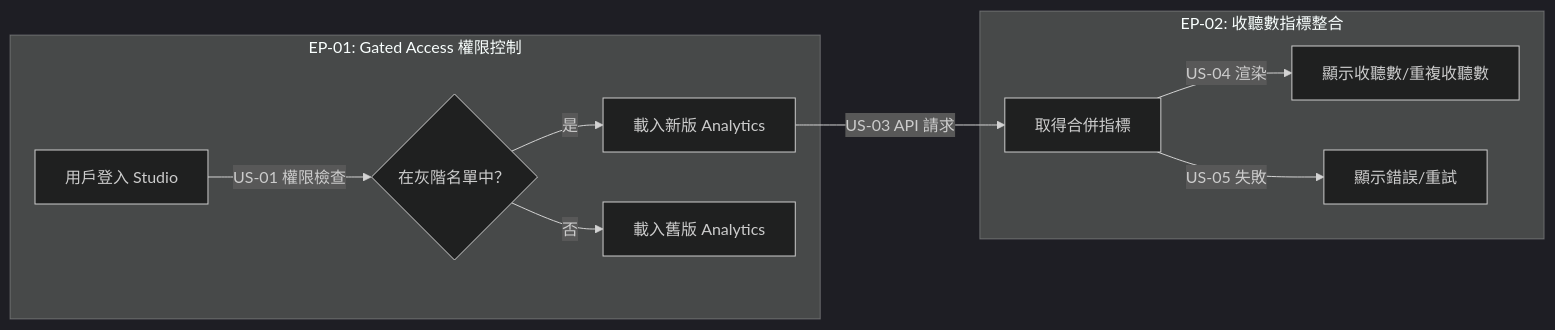
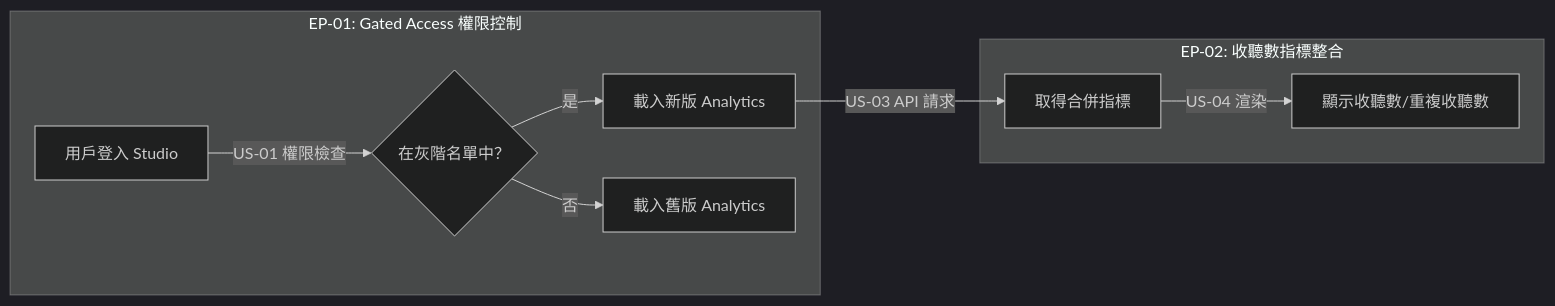
One commit to jeremy880119/pm-as-builder changed the diagram in features/spotify-gated-release/user-story.md. Above: the diagram before and after it, drawn with Mermaid (dark theme). The commit also changed other lines of this file, not shown here.

````diff
--- a/features/spotify-gated-release/user-story.md
+++ b/features/spotify-gated-release/user-story.md
@@ -27,14 +26,13 @@
 ```mermaid
 flowchart LR
     subgraph "EP-01: Gated Access 權限控制"
         A["用戶登入 Studio"] -->|"US-01 權限檢查"| B{"在灰階名單中？"}
         B -->|"是"| C["載入新版 Analytics"]
         B -->|"否"| D["載入舊版 Analytics"]
     end
 
     subgraph "EP-02: 收聽數指標整合"
         C -->|"US-03 API 請求"| E["取得合併指標"]
         E -->|"US-04 渲染"| F["顯示收聽數/重複收聽數"]
-        E -->|"US-05 失敗"| G["顯示錯誤/重試"]
     end
 ```
````
